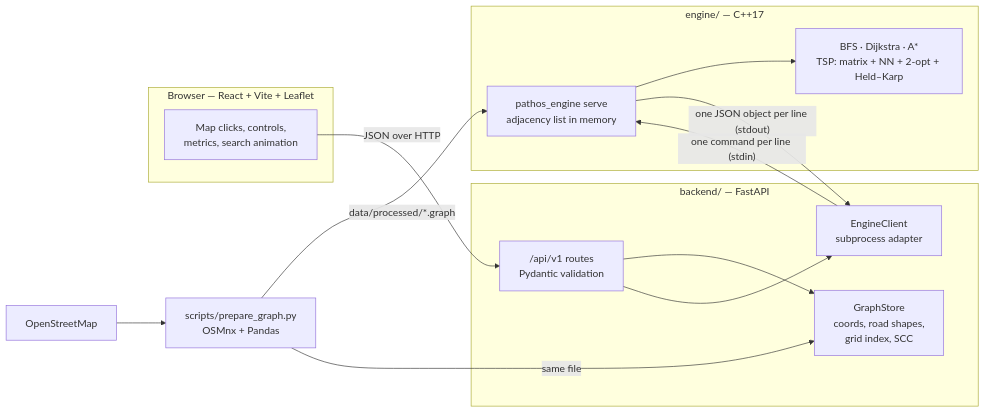
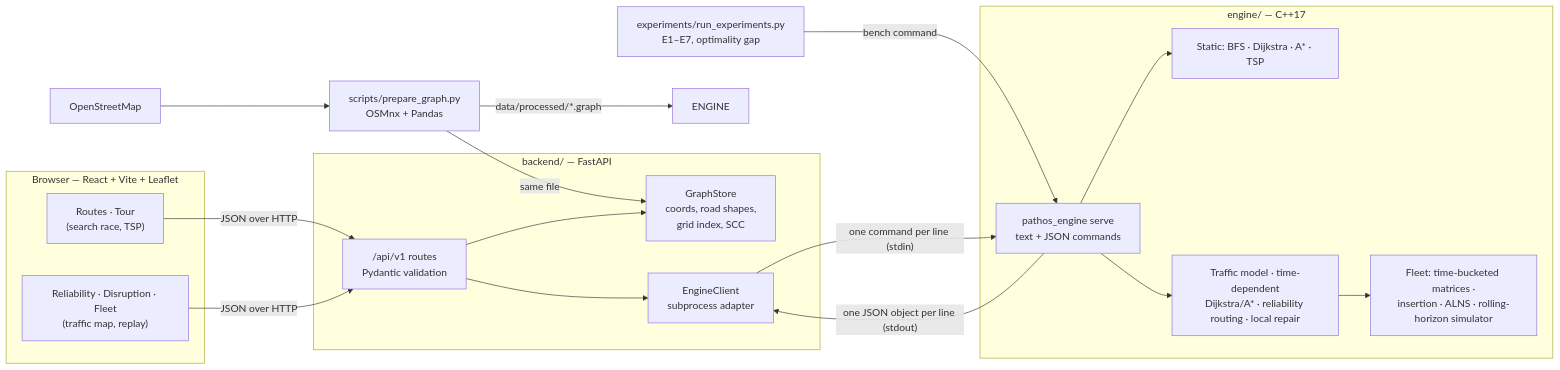
One commit to IamShreshth/pathos changed the first of 5 diagrams in Architecture.md. Above: the diagram before and after it, drawn with Mermaid. The commit also changed other lines of this file and 84 other files, not shown here.

````diff
--- a/Architecture.md
+++ b/Architecture.md
@@ -13,28 +14,34 @@
 ```mermaid
 flowchart LR
     OSM["OpenStreetMap"] --> PREP["scripts/prepare_graph.py<br/>OSMnx + Pandas"]
     PREP -->|"data/processed/*.graph"| ENGINE
     PREP -->|"same file"| STORE
 
     subgraph BROWSER["Browser — React + Vite + Leaflet"]
-        UI["Map clicks, controls,<br/>metrics, search animation"]
+        UI1["Routes · Tour<br/>(search race, TSP)"]
+        UI2["Reliability · Disruption · Fleet<br/>(traffic map, replay)"]
     end
 
     subgraph API["backend/ — FastAPI"]
         ROUTES["/api/v1 routes<br/>Pydantic validation"]
         STORE["GraphStore<br/>coords, road shapes,<br/>grid index, SCC"]
         ADAPTER["EngineClient<br/>subprocess adapter"]
         ROUTES --> STORE
         ROUTES --> ADAPTER
     end
 
     subgraph CPP["engine/ — C++17"]
-        ENGINE["pathos_engine serve<br/>adjacency list in memory"]
-        ALGOS["BFS · Dijkstra · A*<br/>TSP: matrix + NN + 2-opt + Held–Karp"]
-        ENGINE --> ALGOS
+        CMD["pathos_engine serve<br/>text + JSON commands"]
+        S1["Static: BFS · Dijkstra · A* · TSP"]
+        S2["Traffic model · time-dependent<br/>Dijkstra/A* · reliability routing · local repair"]
+        S3["Fleet: time-bucketed matrices ·<br/>insertion · ALNS · rolling-horizon simulator"]
+        CMD --> S1
+        CMD --> S2
+        S2 --> S3
     end
 
-    UI -->|"JSON over HTTP"| ROUTES
-    ADAPTER -->|"one command per line (stdin)"| ENGINE
-    ENGINE -->|"one JSON object per line (stdout)"| ADAPTER
+    EXP["experiments/run_experiments.py<br/>E1–E7, optimality gap"] -->|"bench command"| CMD
+    UI1 & UI2 -->|"JSON over HTTP"| ROUTES
+    ADAPTER -->|"one command per line (stdin)"| CMD
+    CMD -->|"one JSON object per line (stdout)"| ADAPTER
 ```
````
